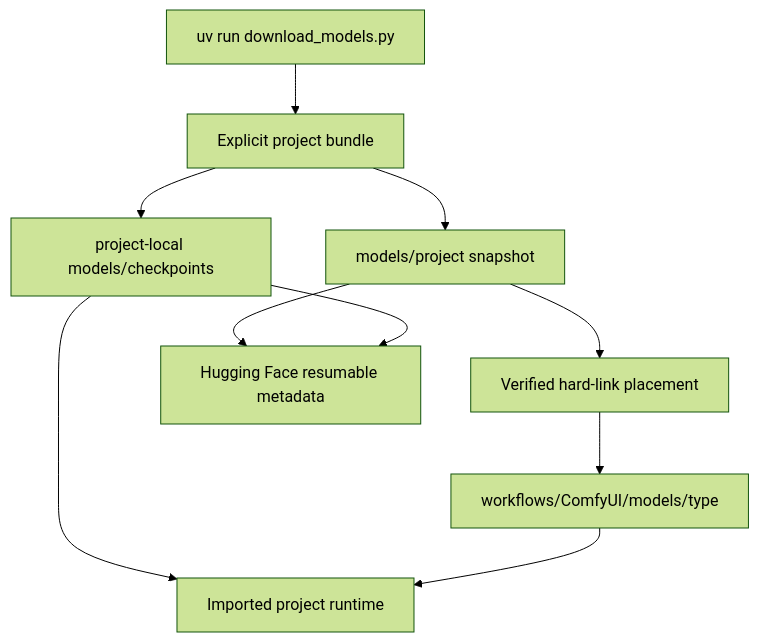
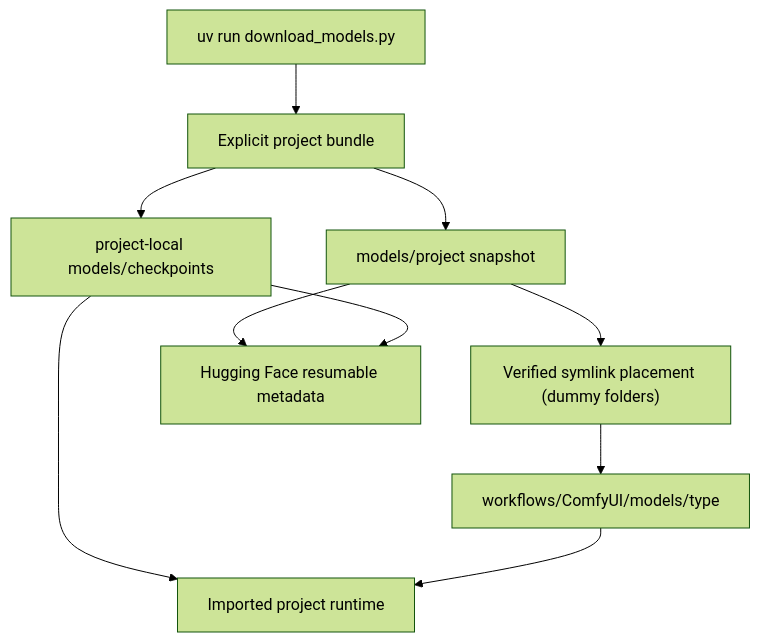
Before and after one commit to CommanderTurtle/mm-tools: the diagram in models/ARCHITECTURE.md, drawn with Mermaid (forest theme). The commit also changed other lines of this file and 4 other files, not shown here.

````diff
--- a/models/ARCHITECTURE.md
+++ b/models/ARCHITECTURE.md
@@ -9,12 +9,12 @@
 ```mermaid
 flowchart TB
     CLI["uv run download_models.py"] --> Select["Explicit project bundle"]
     Select --> Shared["models/project snapshot"]
     Select --> Native["project-local models/checkpoints"]
-    Shared --> Link["Verified hard-link placement"]
+    Shared --> Link["Verified symlink placement (dummy folders)"]
     Link --> Comfy["workflows/ComfyUI/models/type"]
     Native --> Runtime["Imported project runtime"]
     Comfy --> Runtime
     Shared --> Resume["Hugging Face resumable metadata"]
     Native --> Resume
 ```
````
